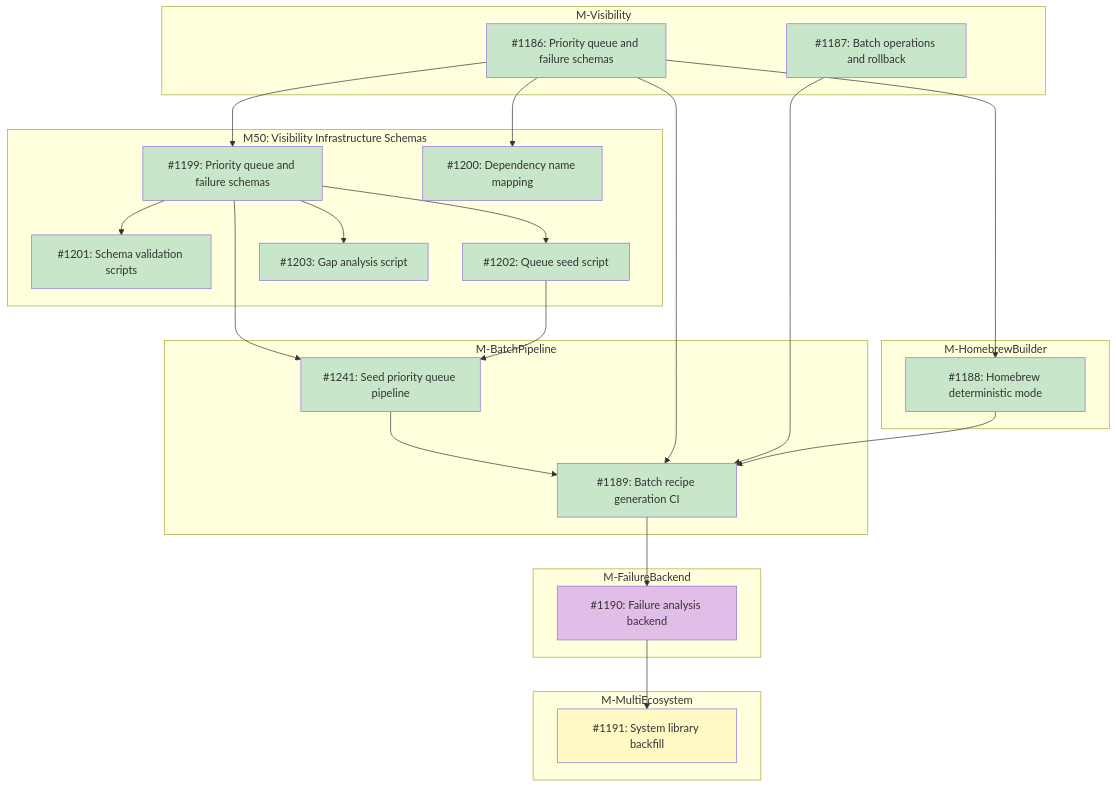
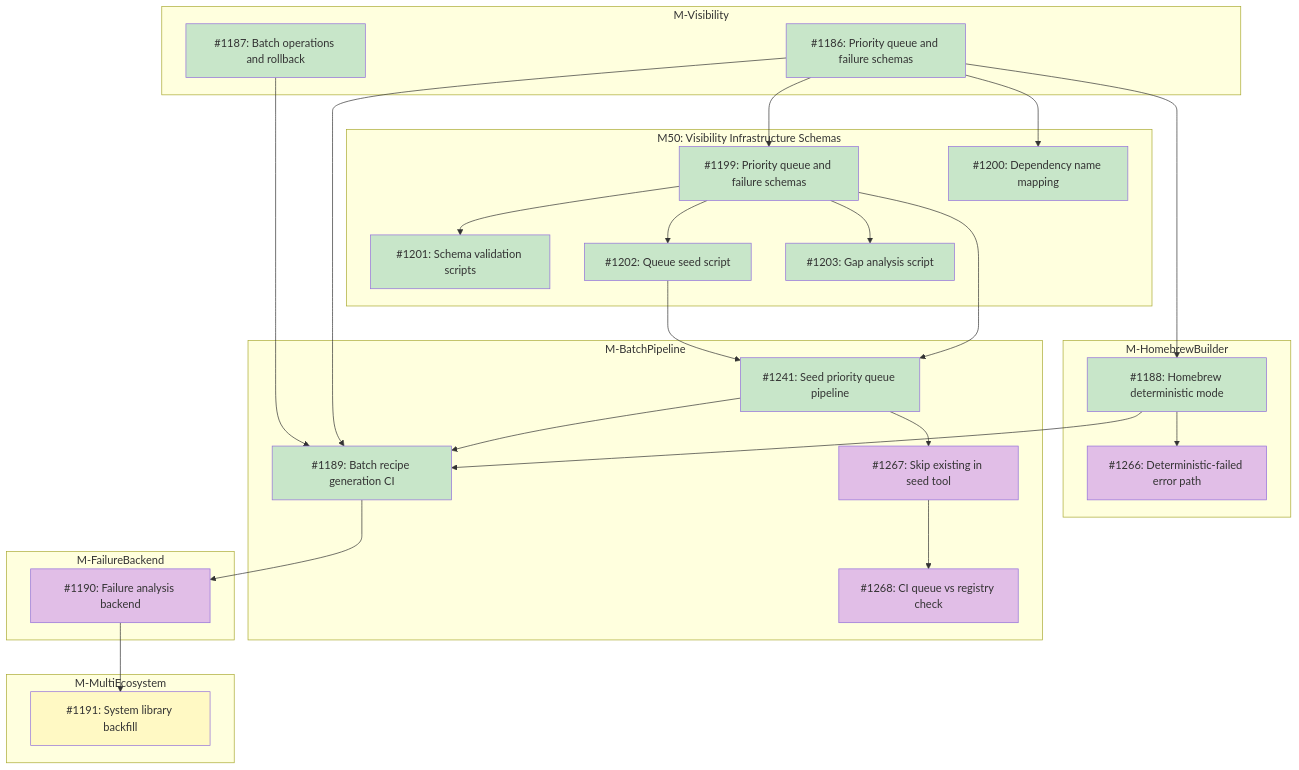
One commit to tsukumogami/tsuku changed the diagram in docs/designs/DESIGN-registry-scale-strategy.md. Above: the diagram before and after it, drawn with Mermaid. The commit also changed other lines of this file and 2 other files, not shown here.

Commit message:
docs(design): update plans from batch prototype findings (#1269)
Apply lessons learned from the first batch-generate run (PR #1265, now
closed).
The prototype generated 14 Homebrew recipes but revealed gaps between
the
design and reality: duplicate queue entries causing false failures,
stale
install.sh references in the design, and missing issues for error
handling
and queue safety.

- Remove 3 duplicate queue entries (git, docker, mise) that already had
recipes
- Update DESIGN-batch-recipe-generation.md to reflect build-from-source
approach
- Update DESIGN-registry-scale-strategy.md with new issues from
prototype findings
- Defer #1253 (version pinning) to after pipeline stabilizes

````diff
--- a/docs/designs/DESIGN-registry-scale-strategy.md
+++ b/docs/designs/DESIGN-registry-scale-strategy.md
@@ -70,64 +73,73 @@
 ```mermaid
 graph TD
     subgraph M_Visibility["M-Visibility"]
         I1186["#1186: Priority queue and failure schemas"]
         I1187["#1187: Batch operations and rollback"]
     end
 
     subgraph M50["M50: Visibility Infrastructure Schemas"]
         I1199["#1199: Priority queue and failure schemas"]
         I1200["#1200: Dependency name mapping"]
         I1201["#1201: Schema validation scripts"]
         I1202["#1202: Queue seed script"]
         I1203["#1203: Gap analysis script"]
     end
 
     subgraph M_HomebrewBuilder["M-HomebrewBuilder"]
         I1188["#1188: Homebrew deterministic mode"]
+        I1266["#1266: Deterministic-failed error path"]
     end
 
     subgraph M_BatchPipeline["M-BatchPipeline"]
         I1241["#1241: Seed priority queue pipeline"]
         I1189["#1189: Batch recipe generation CI"]
+        I1267["#1267: Skip existing in seed tool"]
+        I1268["#1268: CI queue vs registry check"]
     end
 
     subgraph M_FailureBackend["M-FailureBackend"]
         I1190["#1190: Failure analysis backend"]
     end
 
     subgraph M_MultiEcosystem["M-MultiEcosystem"]
         I1191["#1191: System library backfill"]
     end
 
     I1186 --> I1199
     I1186 --> I1200
     I1199 --> I1201
     I1199 --> I1202
     I1199 --> I1203
     I1199 --> I1241
     I1202 --> I1241
     I1186 --> I1188
     I1241 --> I1189
     I1186 --> I1189
     I1187 --> I1189
     I1188 --> I1189
+    I1188 --> I1266
+    I1241 --> I1267
+    I1267 --> I1268
     I1189 --> I1190
     I1190 --> I1191
 
     classDef done fill:#c8e6c9
     classDef ready fill:#bbdefb
     classDef blocked fill:#fff9c4
     classDef needsDesign fill:#e1bee7
 
     class I1186,I1187 done
     class I1200 done
     class I1199 done
     class I1188 done
     class I1201 done
     class I1202 done
     class I1203 done
     class I1241 done
     class I1189 done
+    class I1267 needsDesign
+    class I1268 needsDesign
+    class I1266 needsDesign
     class I1190 needsDesign
     class I1191 blocked
 ```
````
